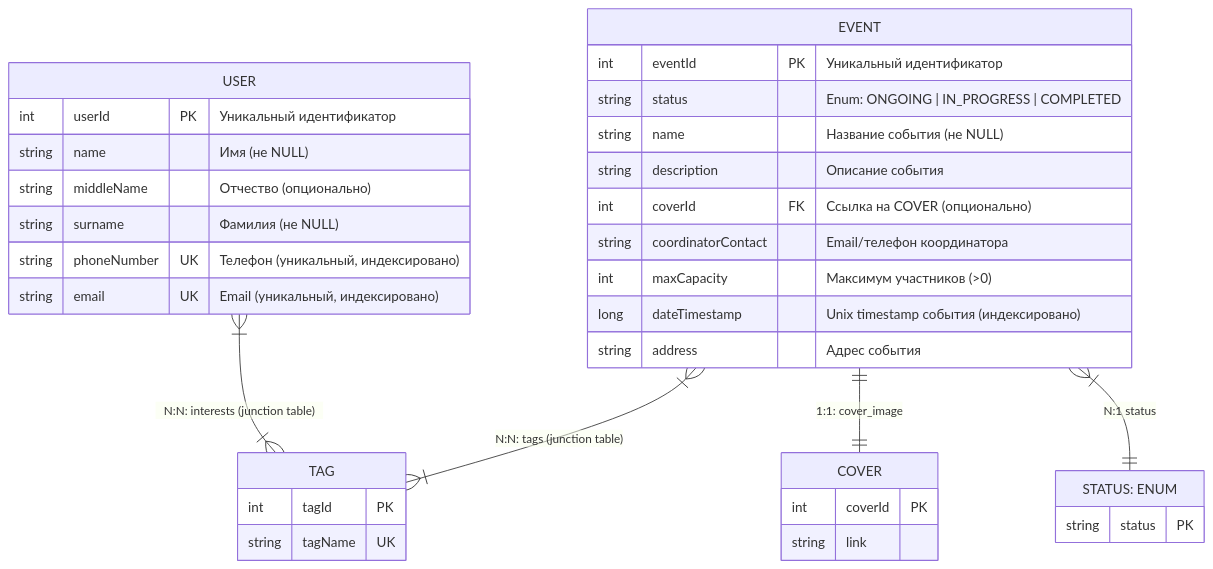
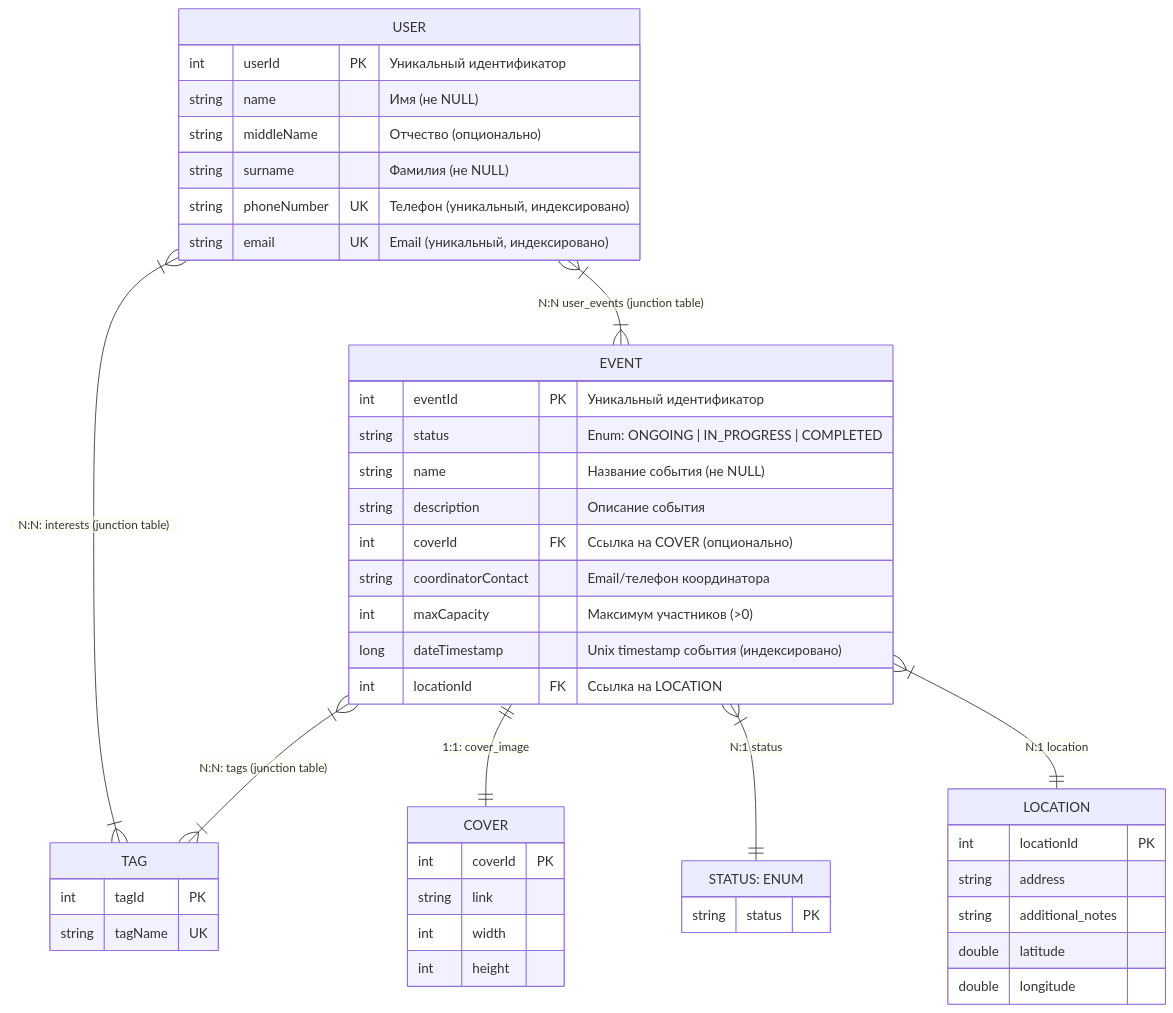
One commit to ADT-VOLUNTEERS-CASE/.github changed the third of 3 diagrams in documentation/architecture/erd.md. Above: the diagram before and after it, drawn with Mermaid. The commit also changed other lines of this file, not shown here.

Commit message:
docs(erd.md) add user - event relation; add location entity.

````diff
--- a/documentation/architecture/erd.md
+++ b/documentation/architecture/erd.md
@@ -118,49 +125,61 @@
 ```mermaid
 %%{init: {'theme':'base', 'themeCSS': 
 '.entityBox-USER { fill: #e3f2fd, stroke: #1565c0, stroke-width: 3px; }
 .entityTitleText-USER { fill: #1565c0; font-weight: bold; }
 .entityBox-EVENT { fill: #fff3e0, stroke: #e65100, stroke-width: 3px; }
 .entityTitleText-EVENT { fill: #e65100; font-weight: bold; }
 .attributeText { font-size: 12px; }
 '}}%%
 erDiagram
     USER {
         int userId PK "Уникальный идентификатор"
         string name "Имя (не NULL)"
         string middleName "Отчество (опционально)"
         string surname "Фамилия (не NULL)"
         string phoneNumber UK "Телефон (уникальный, индексировано)"
         string email UK "Email (уникальный, индексировано)"
     }
 
     EVENT {
         int eventId PK "Уникальный идентификатор"
         string status "Enum: ONGOING | IN_PROGRESS | COMPLETED"
         string name "Название события (не NULL)"
         string description "Описание события"
         int coverId FK "Ссылка на COVER (опционально)"
         string coordinatorContact "Email/телефон координатора"
         int maxCapacity "Максимум участников (>0)"
         long dateTimestamp "Unix timestamp события (индексировано)"
-        string address "Адрес события"
+        int locationId FK "Ссылка на LOCATION"
     }
 
     TAG {
         int tagId PK
         string tagName UK
     }
 
     COVER {
         int coverId PK
         string link
+        int width
+        int height
+    }
+
+    LOCATION {
+        int locationId PK
+        string address
+        string additional_notes
+        double latitude
+        double longitude
     }
 
     STATUS["STATUS: ENUM"] {
         string status PK
     }
 
     USER }|--|{ TAG: "N:N: interests (junction table)"
+    USER }|--|{ EVENT: "N:N user_events (junction table)"
     EVENT }|--|{ TAG: "N:N: tags (junction table)"
     EVENT ||--|| COVER: "1:1: cover_image"
     EVENT }|--|| STATUS: "N:1 status"
+    EVENT }|--|| LOCATION: "N:1 location"
 ```
````
